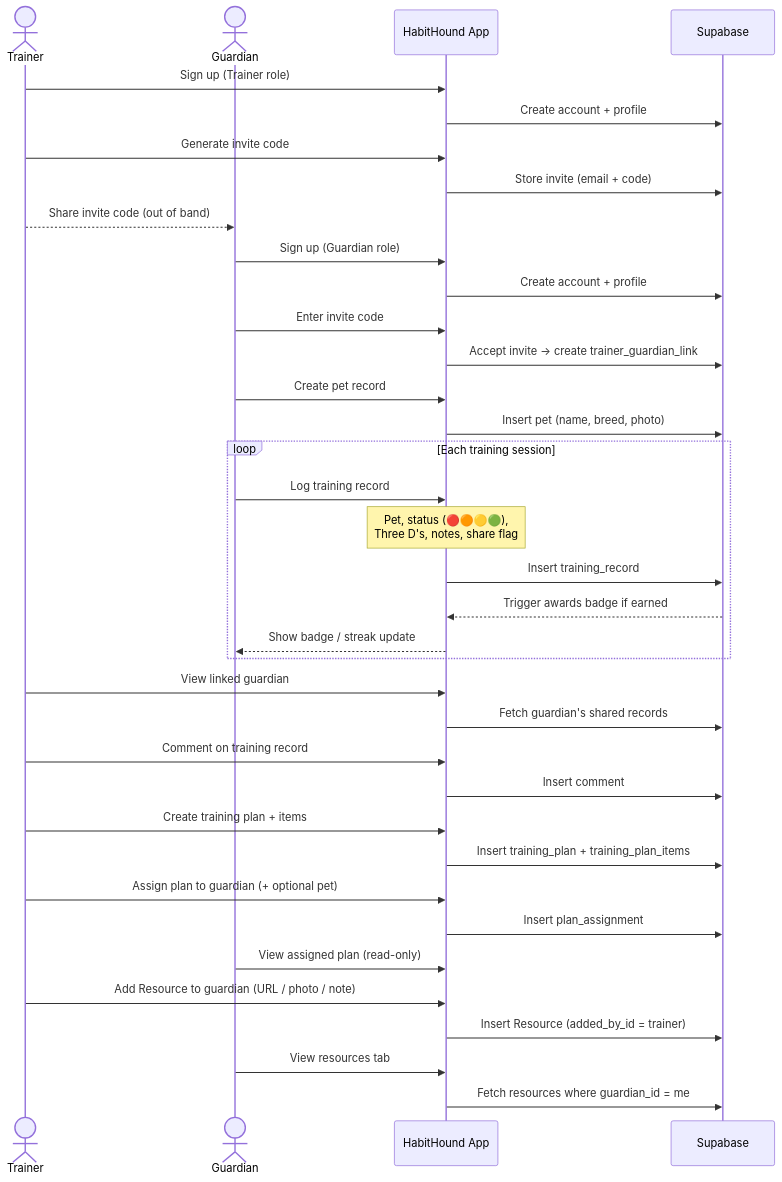
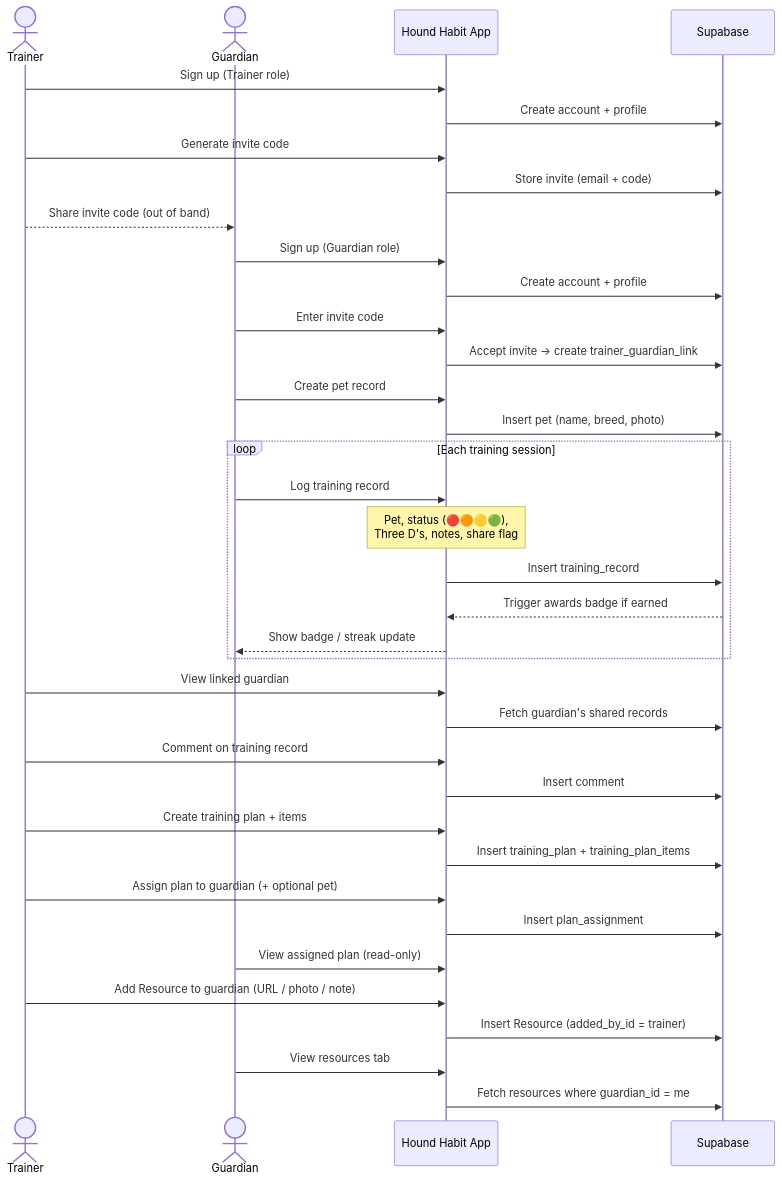
The diagram in docs/use_cases/signup.md (markculley/HoundHabit), drawn with Mermaid before and after one commit. The commit also changed 135 other files, not shown here.

Commit message:
renamed to HoundHabit

````diff
--- a/docs/use_cases/signup.md
+++ b/docs/use_cases/signup.md
@@ -5,51 +5,51 @@
 ```mermaid
 sequenceDiagram
     actor T as Trainer
     actor G as Guardian
-    participant App as HabitHound App
+    participant App as Hound Habit App
     participant DB as Supabase
 
     %% Onboarding
     T->>App: Sign up (Trainer role)
     App->>DB: Create account + profile
     T->>App: Generate invite code
     App->>DB: Store invite (email + code)
     T-->>G: Share invite code (out of band)
 
     G->>App: Sign up (Guardian role)
     App->>DB: Create account + profile
     G->>App: Enter invite code
     App->>DB: Accept invite → create trainer_guardian_link
 
     %% Pet setup
     G->>App: Create pet record
     App->>DB: Insert pet (name, breed, photo)
 
     %% Training loop
     loop Each training session
         G->>App: Log training record
         Note over App: Pet, status (🔴🟠🟡🟢),<br/>Three D's, notes, share flag
         App->>DB: Insert training_record
         DB-->>App: Trigger awards badge if earned
         App-->>G: Show badge / streak update
     end
 
     %% Trainer reviews
     T->>App: View linked guardian
     App->>DB: Fetch guardian's shared records
     T->>App: Comment on training record
     App->>DB: Insert comment
 
     %% Training plan
     T->>App: Create training plan + items
     App->>DB: Insert training_plan + training_plan_items
     T->>App: Assign plan to guardian (+ optional pet)
     App->>DB: Insert plan_assignment
     G->>App: View assigned plan (read-only)
 
     %% Resources
     T->>App: Add Resource to guardian (URL / photo / note)
     App->>DB: Insert Resource (added_by_id = trainer)
     G->>App: View resources tab
     App->>DB: Fetch resources where guardian_id = me
 ```
````
